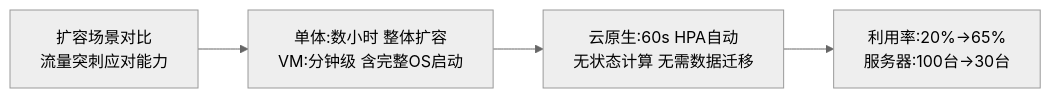
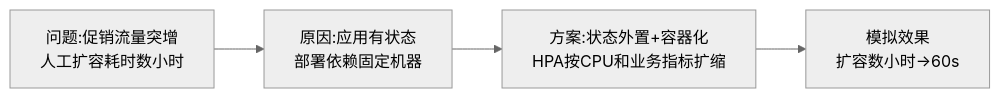
Before and after one commit to EdgarLQS/SoftwareArchitectureExamGuide: the second of 4 diagrams in 02-论文专题/0005-云原生/00-大纲记忆卡.md, drawn with Mermaid (neutral theme). The commit also changed other lines of this file, not shown here.

````diff
--- a/02-论文专题/0005-云原生/00-大纲记忆卡.md
+++ b/02-论文专题/0005-云原生/00-大纲记忆卡.md
@@ -41,6 +90,6 @@
 ```mermaid
 flowchart LR
-    A["扩容场景对比<br/>流量突刺应对能力"] --> B["单体:数小时 整体扩容<br/>VM:分钟级 含完整OS启动"]
-    B --> C["云原生:60s HPA自动<br/>无状态计算 无需数据迁移"]
-    C --> D["利用率:20%→65%<br/>服务器:100台→30台"]
+    A["问题:促销流量突增<br/>人工扩容耗时数小时"] --> B["原因:应用有状态<br/>部署依赖固定机器"]
+    B --> C["方案:状态外置+容器化<br/>HPA按CPU和业务指标扩缩"]
+    C --> D["模拟效果<br/>扩容数小时→60s"]
 ```
````
